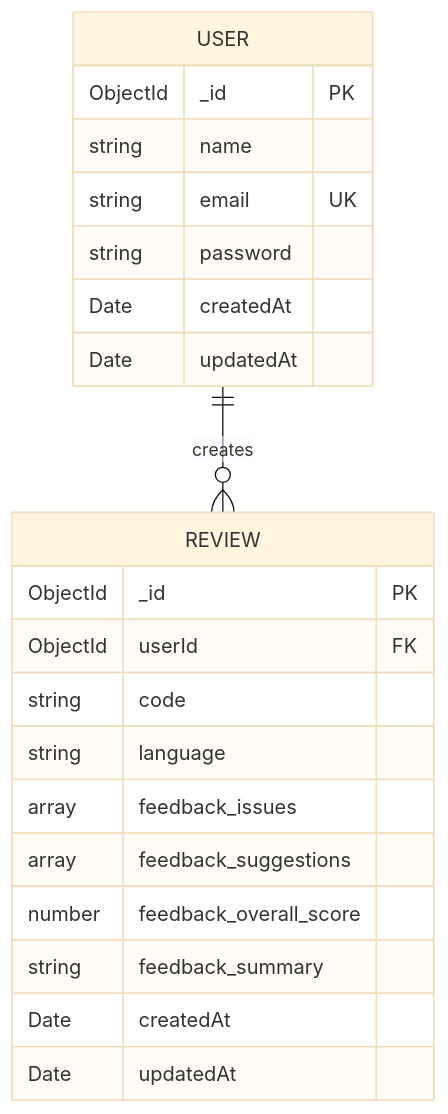
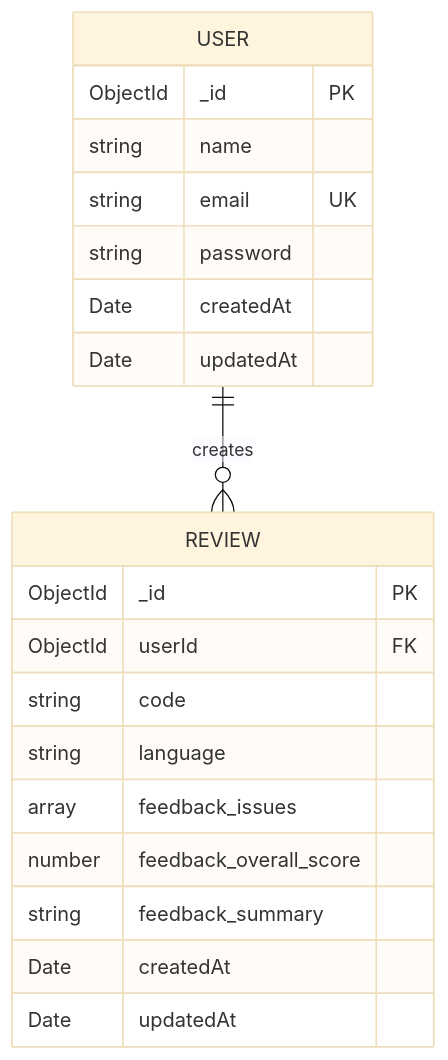
The diagram in docs/er-diagram.md (mohdfaizan091/ai-code-review), drawn with Mermaid (base theme) before and after one commit. The commit also changed other lines of this file, not shown here.

````diff
--- a/docs/er-diagram.md
+++ b/docs/er-diagram.md
@@ -16,26 +16,25 @@
 ```mermaid
 erDiagram
     USER ||--o{ REVIEW : creates
 
     USER {
         ObjectId _id PK
         string name
         string email UK
         string password
         Date createdAt
         Date updatedAt
     }
 
     REVIEW {
         ObjectId _id PK
         ObjectId userId FK
         string code
         string language
         array feedback_issues
-        array feedback_suggestions
         number feedback_overall_score
         string feedback_summary
         Date createdAt
         Date updatedAt
     }
 ```
````
